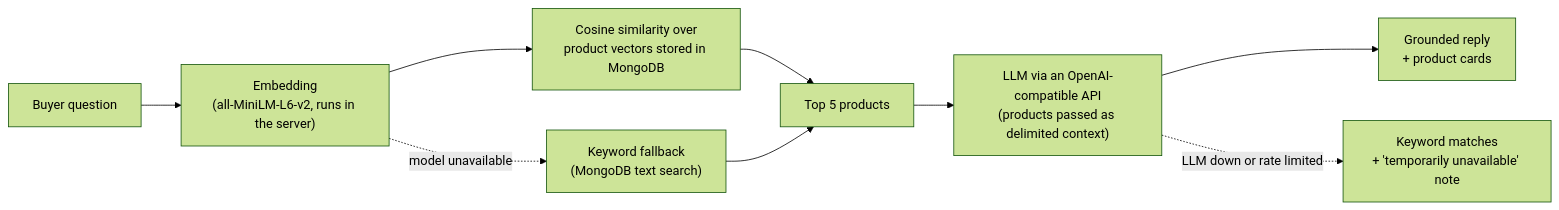
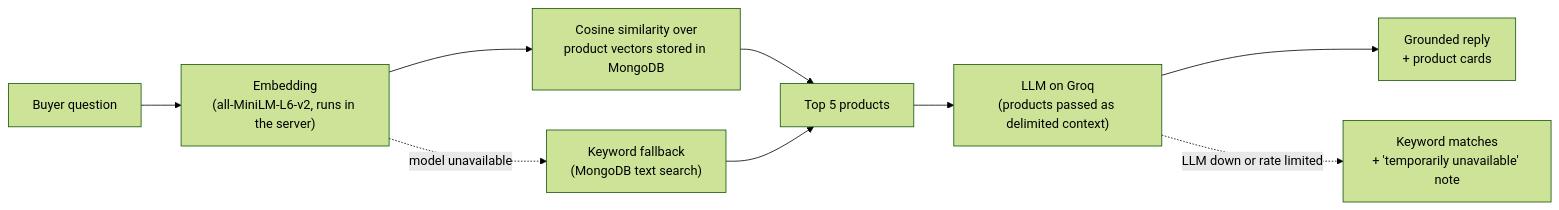
One commit to manideep311/Vastra changed the diagram in README.md. Above: the diagram before and after it, drawn with Mermaid (forest theme). The commit also changed other lines of this file and 1 other file, not shown here.

Commit message:
Name Groq as the chat provider in the docs

````diff
--- a/README.md
+++ b/README.md
@@ -50,11 +50,11 @@
 ```mermaid
 flowchart LR
     Q["Buyer question"] --> E["Embedding<br/>(all-MiniLM-L6-v2, runs in the server)"]
     E --> S["Cosine similarity over<br/>product vectors stored in MongoDB"]
     S --> T["Top 5 products"]
-    T --> L["LLM via an OpenAI-compatible API<br/>(products passed as delimited context)"]
+    T --> L["LLM on Groq<br/>(products passed as delimited context)"]
     L --> R["Grounded reply<br/>+ product cards"]
     E -.->|model unavailable| K["Keyword fallback<br/>(MongoDB text search)"]
     K --> T
     L -.->|LLM down or rate limited| F["Keyword matches<br/>+ 'temporarily unavailable' note"]
 ```
````
